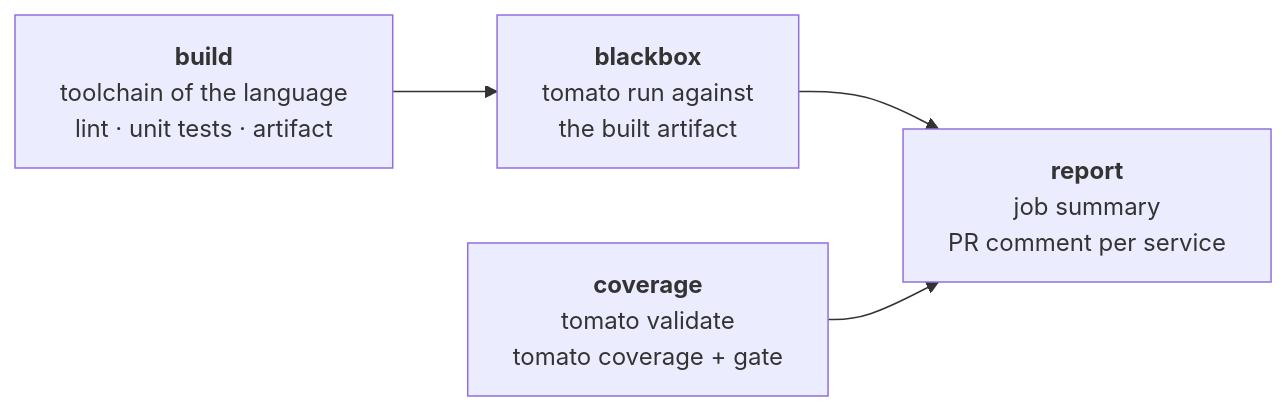
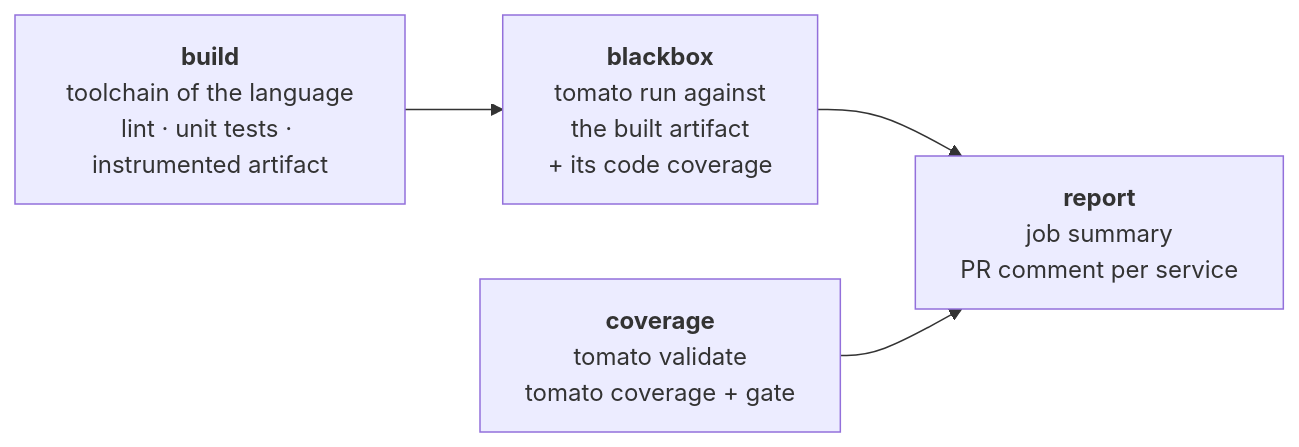
The second of 2 diagrams in README.md (tomatool/demo), drawn with Mermaid before and after one commit. The commit also changed other lines of this file and 13 other files, not shown here.

First line of the commit message:
Measure each service's code coverage during its black-box run

````diff
--- a/README.md
+++ b/README.md
@@ -115,7 +115,7 @@
 ```mermaid
 flowchart LR
-    build["<b>build</b><br/>toolchain of the language<br/>lint · unit tests · artifact"] --> blackbox
-    blackbox["<b>blackbox</b><br/>tomato run against<br/>the built artifact"] --> report
+    build["<b>build</b><br/>toolchain of the language<br/>lint · unit tests · instrumented artifact"] --> blackbox
+    blackbox["<b>blackbox</b><br/>tomato run against<br/>the built artifact<br/>+ its code coverage"] --> report
     coverage["<b>coverage</b><br/>tomato validate<br/>tomato coverage + gate"] --> report
     report["<b>report</b><br/>job summary<br/>PR comment per service"]
 ```
````
